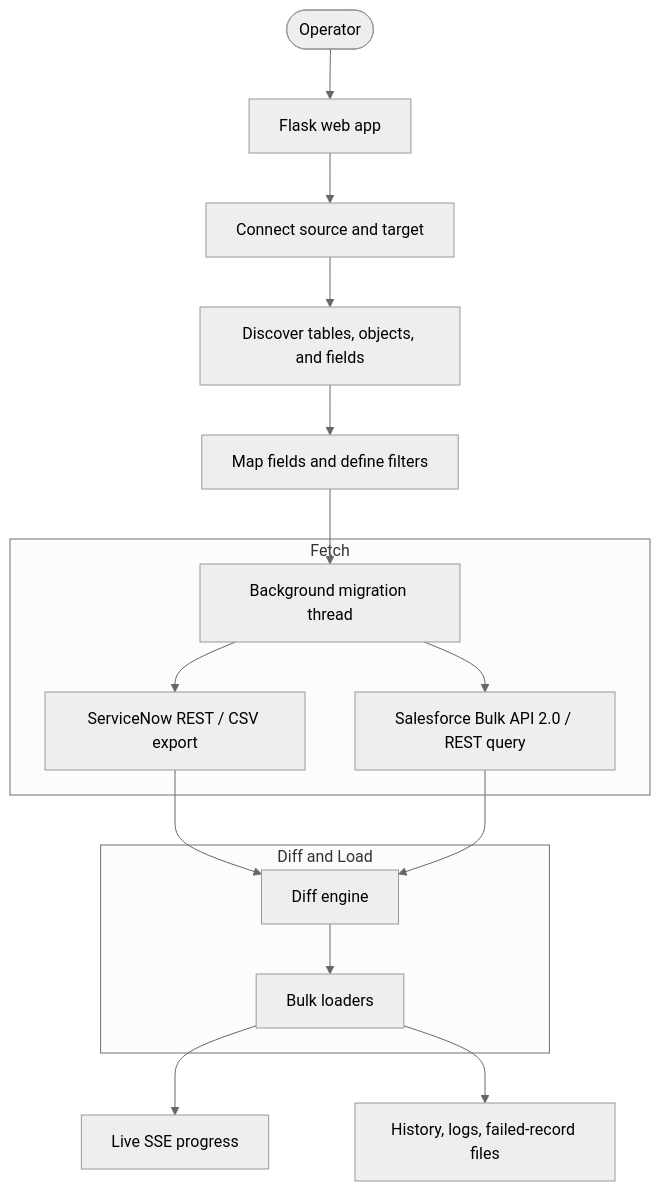
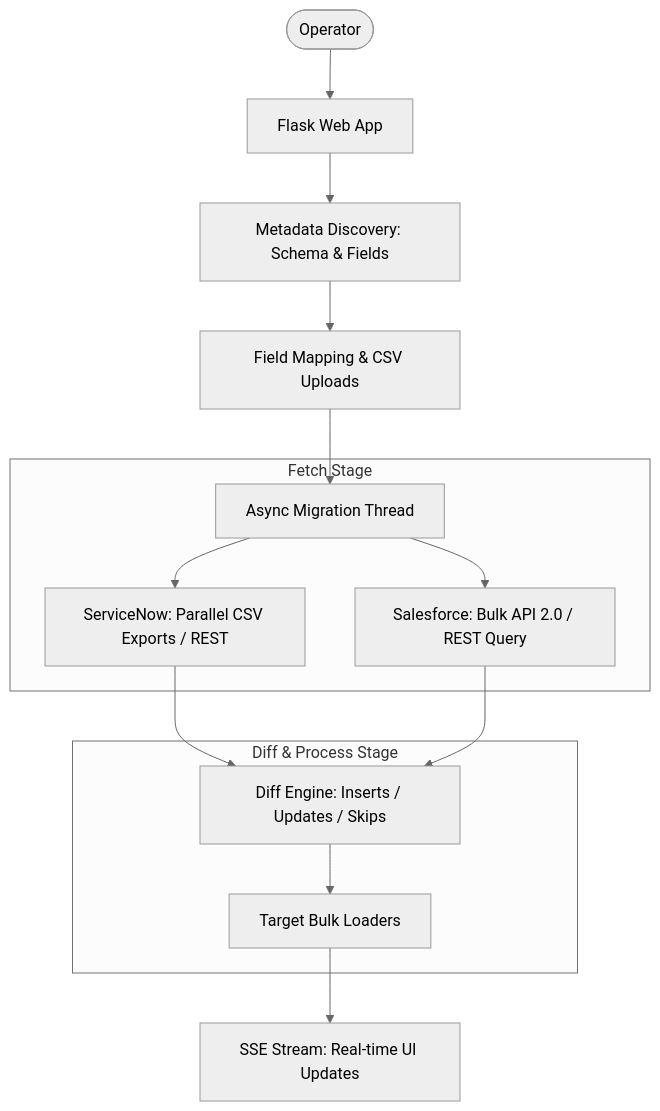
Before and after one commit to karanyede/MigrateNow: the diagram in README.md, drawn with Mermaid (neutral theme). The commit also changed other lines of this file and 3 other files, not shown here.

````diff
--- a/README.md
+++ b/README.md
@@ -30,22 +46,20 @@
 ```mermaid
 flowchart TD
-    User([Operator]) --> UI[Flask web app]
-    UI --> Auth[Connect source and target]
-    Auth --> Meta[Discover tables, objects, and fields]
-    Meta --> Map[Map fields and define filters]
-    Map --> Run[Background migration thread]
+    User([Operator]) --> UI[Flask Web App]
+    UI --> Meta[Metadata Discovery: Schema & Fields]
+    Meta --> Map[Field Mapping & CSV Uploads]
+    Map --> Run[Async Migration Thread]
 
-    subgraph Fetch
-        Run --> SNFetch[ServiceNow REST / CSV export]
-        Run --> SFFetch[Salesforce Bulk API 2.0 / REST query]
+    subgraph Fetch Stage
+        Run --> SNFetch[ServiceNow: Parallel CSV Exports / REST]
+        Run --> SFFetch[Salesforce: Bulk API 2.0 / REST Query]
     end
 
-    subgraph Diff and Load
-        SNFetch --> Diff[Diff engine]
+    subgraph Diff & Process Stage
+        SNFetch --> Diff[Diff Engine: Inserts / Updates / Skips]
         SFFetch --> Diff
-        Diff --> Load[Bulk loaders]
+        Diff --> Load[Target Bulk Loaders]
     end
 
-    Load --> Progress[Live SSE progress]
-    Load --> History[History, logs, failed-record files]
+    Load --> Progress[SSE Stream: Real-time UI Updates]
 ```
````
